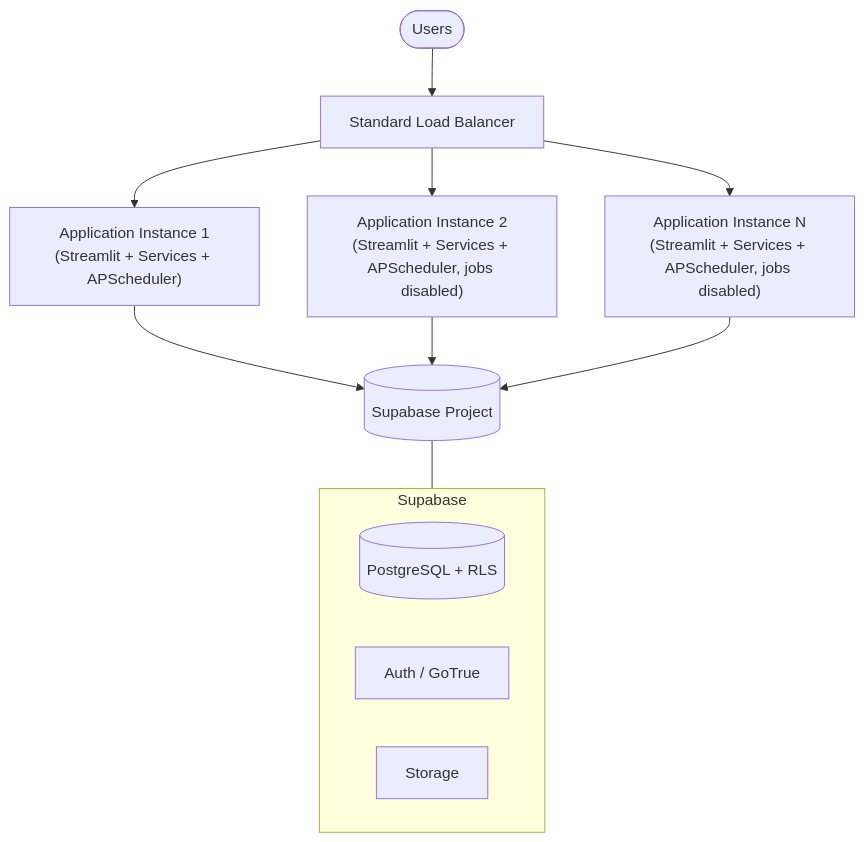
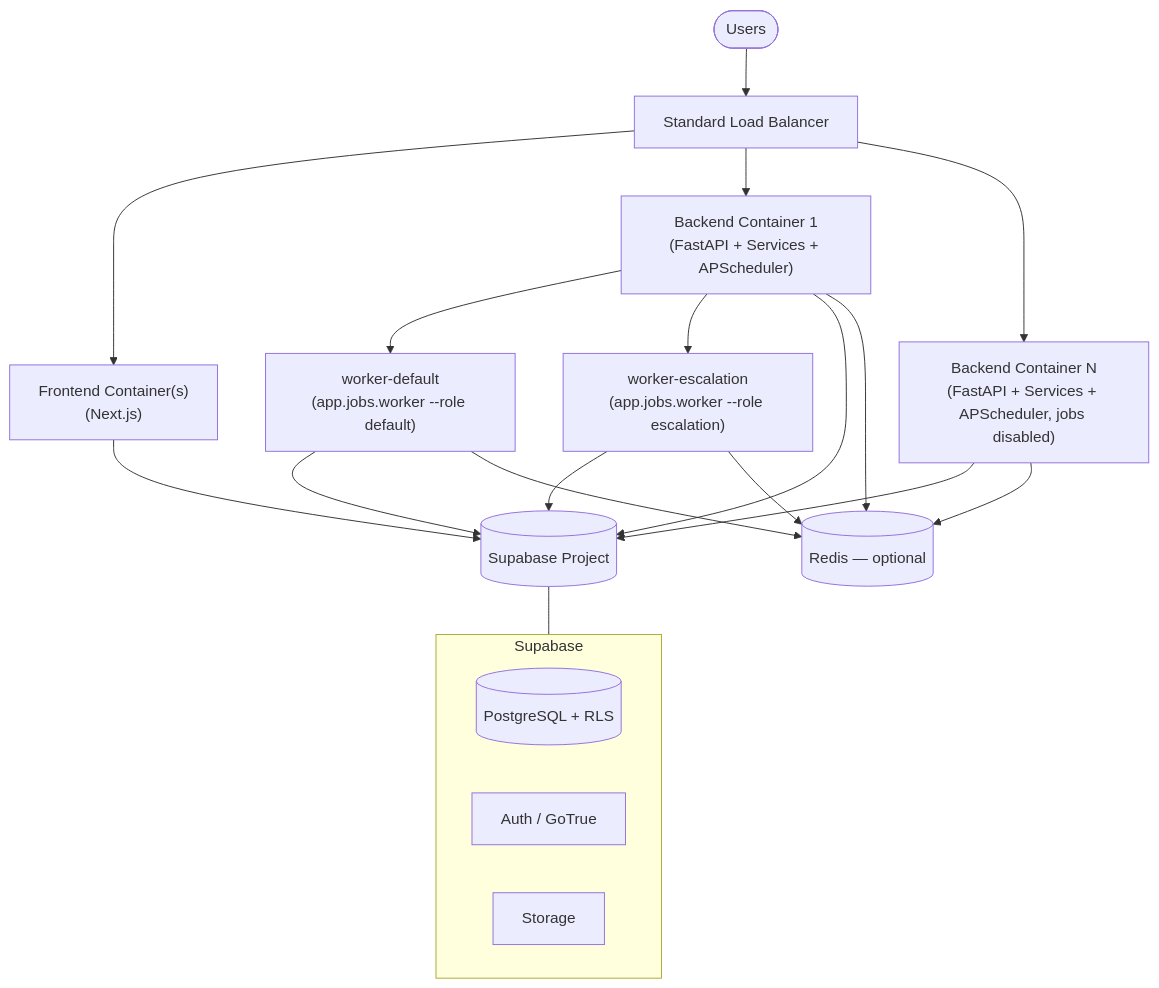
The first of 6 diagrams in docs/deployment.md (ayeshashahzad565-dev/enterprise-automation-hub), drawn with Mermaid before and after one commit. The commit also changed other lines of this file and 826 other files, not shown here.

````diff
--- a/docs/deployment.md
+++ b/docs/deployment.md
@@ -74,19 +76,27 @@
 ```mermaid
 flowchart TB
     Users([Users]) --> LB[Standard Load Balancer]
-    LB --> I1["Application Instance 1<br/>(Streamlit + Services + APScheduler)"]
-    LB --> I2["Application Instance 2<br/>(Streamlit + Services + APScheduler, jobs disabled)"]
-    LB --> I3["Application Instance N<br/>(Streamlit + Services + APScheduler, jobs disabled)"]
+    LB --> F1["Frontend Container(s)<br/>(Next.js)"]
+    LB --> B1["Backend Container 1<br/>(FastAPI + Services + APScheduler)"]
+    LB --> B2["Backend Container N<br/>(FastAPI + Services + APScheduler, jobs disabled)"]
+    B1 --> W1["worker-default<br/>(app.jobs.worker --role default)"]
+    B1 --> W2["worker-escalation<br/>(app.jobs.worker --role escalation)"]
 
-    I1 --> SB[(Supabase Project)]
-    I2 --> SB
-    I3 --> SB
+    B1 --> SB[(Supabase Project)]
+    B2 --> SB
+    F1 --> SB
+    W1 --> SB
+    W2 --> SB
+    B1 --> RD[(Redis — optional)]
+    B2 --> RD
+    W1 --> RD
+    W2 --> RD
 
     subgraph SB_Detail["Supabase"]
         PG[(PostgreSQL + RLS)]
         AU[Auth / GoTrue]
         ST[Storage]
     end
 
     SB --- SB_Detail
 ```
````
